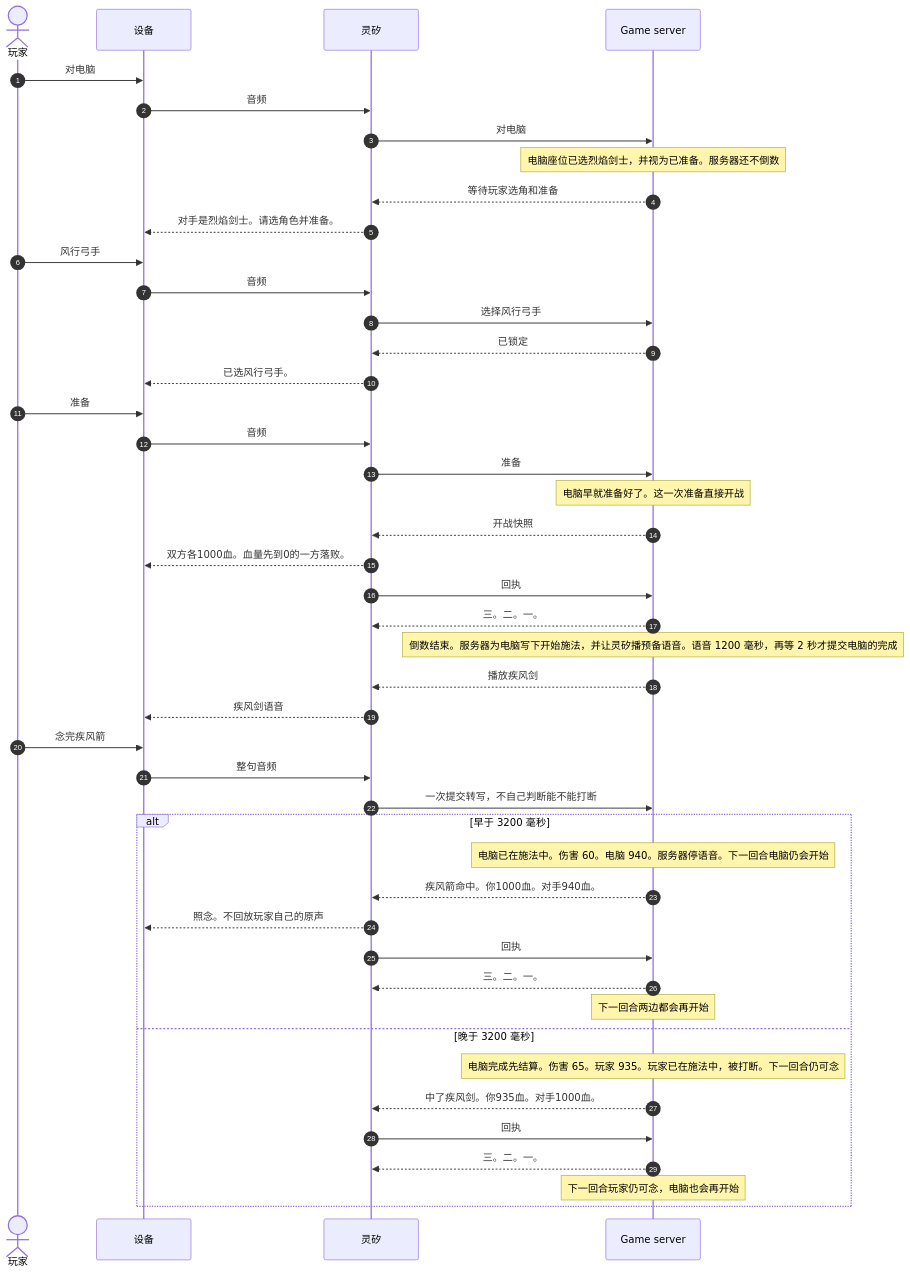
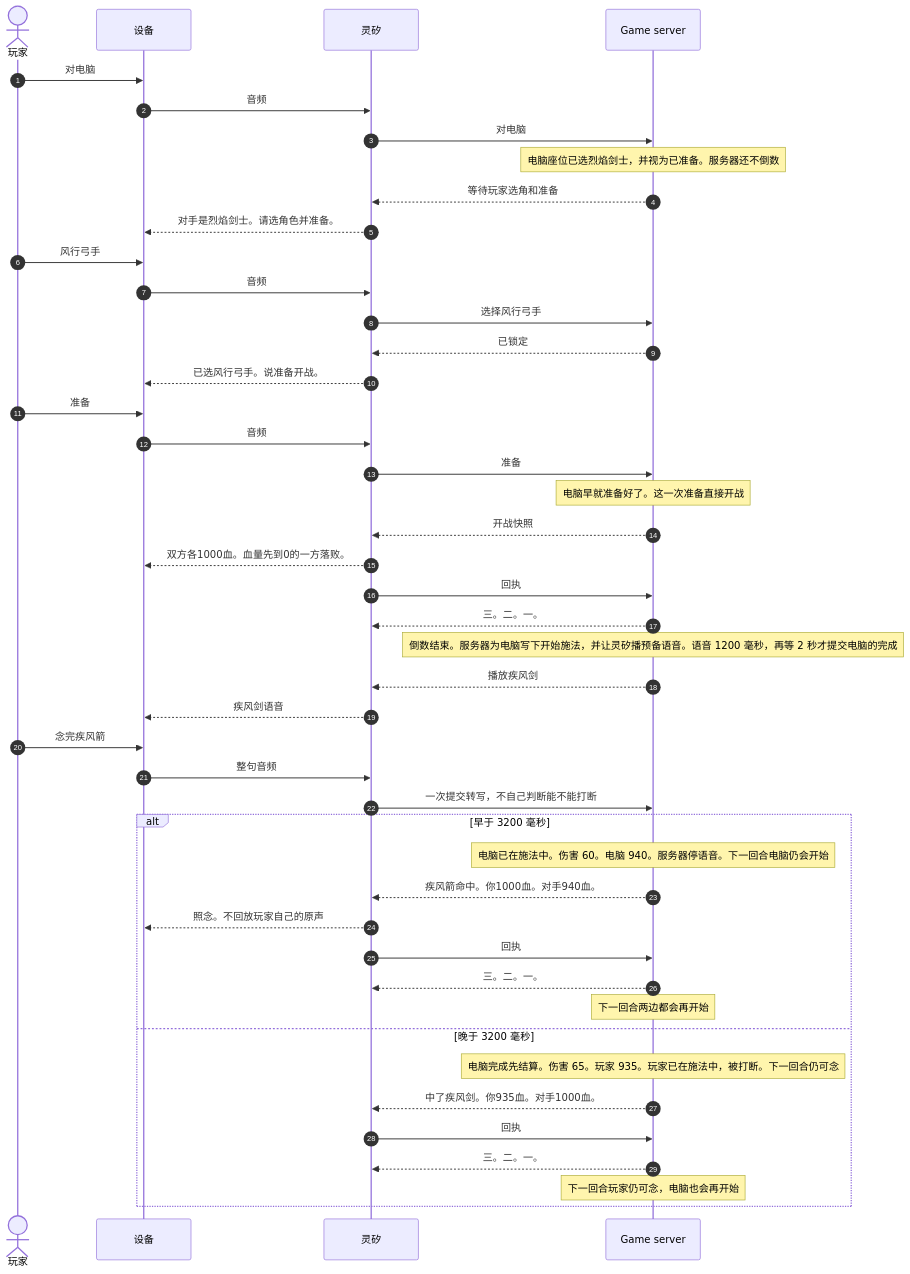
Before and after one commit to wilcosheh/lieyanliaoyuan: the fourth of 6 diagrams in docs/交互设计.md, drawn with Mermaid. The commit also changed other lines of this file and 10 other files, not shown here.

````diff
--- a/docs/交互设计.md
+++ b/docs/交互设计.md
@@ -436,48 +436,48 @@
 ```mermaid
 sequenceDiagram
     autonumber
     actor 玩家
     participant 设备
     participant 灵矽
     participant GS as Game server
 
     玩家->>设备: 对电脑
     设备->>灵矽: 音频
     灵矽->>GS: 对电脑
     Note over GS: 电脑座位已选烈焰剑士，并视为已准备。服务器还不倒数
     GS-->>灵矽: 等待玩家选角和准备
     灵矽-->>设备: 对手是烈焰剑士。请选角色并准备。
     玩家->>设备: 风行弓手
     设备->>灵矽: 音频
     灵矽->>GS: 选择风行弓手
     GS-->>灵矽: 已锁定
-    灵矽-->>设备: 已选风行弓手。
+    灵矽-->>设备: 已选风行弓手。说准备开战。
     玩家->>设备: 准备
     设备->>灵矽: 音频
     灵矽->>GS: 准备
     Note over GS: 电脑早就准备好了。这一次准备直接开战
     GS-->>灵矽: 开战快照
     灵矽-->>设备: 双方各1000血。血量先到0的一方落败。
     灵矽->>GS: 回执
     GS-->>灵矽: 三。二。一。
     Note over GS: 倒数结束。服务器为电脑写下开始施法，并让灵矽播预备语音。语音 1200 毫秒，再等 2 秒才提交电脑的完成
     GS-->>灵矽: 播放疾风剑
     灵矽-->>设备: 疾风剑语音
     玩家->>设备: 念完疾风箭
     设备->>灵矽: 整句音频
     灵矽->>GS: 一次提交转写，不自己判断能不能打断
     alt 早于 3200 毫秒
         Note over GS: 电脑已在施法中。伤害 60。电脑 940。服务器停语音。下一回合电脑仍会开始
         GS-->>灵矽: 疾风箭命中。你1000血。对手940血。
         灵矽-->>设备: 照念。不回放玩家自己的原声
         灵矽->>GS: 回执
         GS-->>灵矽: 三。二。一。
         Note over GS: 下一回合两边都会再开始
     else 晚于 3200 毫秒
         Note over GS: 电脑完成先结算。伤害 65。玩家 935。玩家已在施法中，被打断。下一回合仍可念
         GS-->>灵矽: 中了疾风剑。你935血。对手1000血。
         灵矽->>GS: 回执
         GS-->>灵矽: 三。二。一。
         Note over GS: 下一回合玩家仍可念，电脑也会再开始
     end
 ```
````
